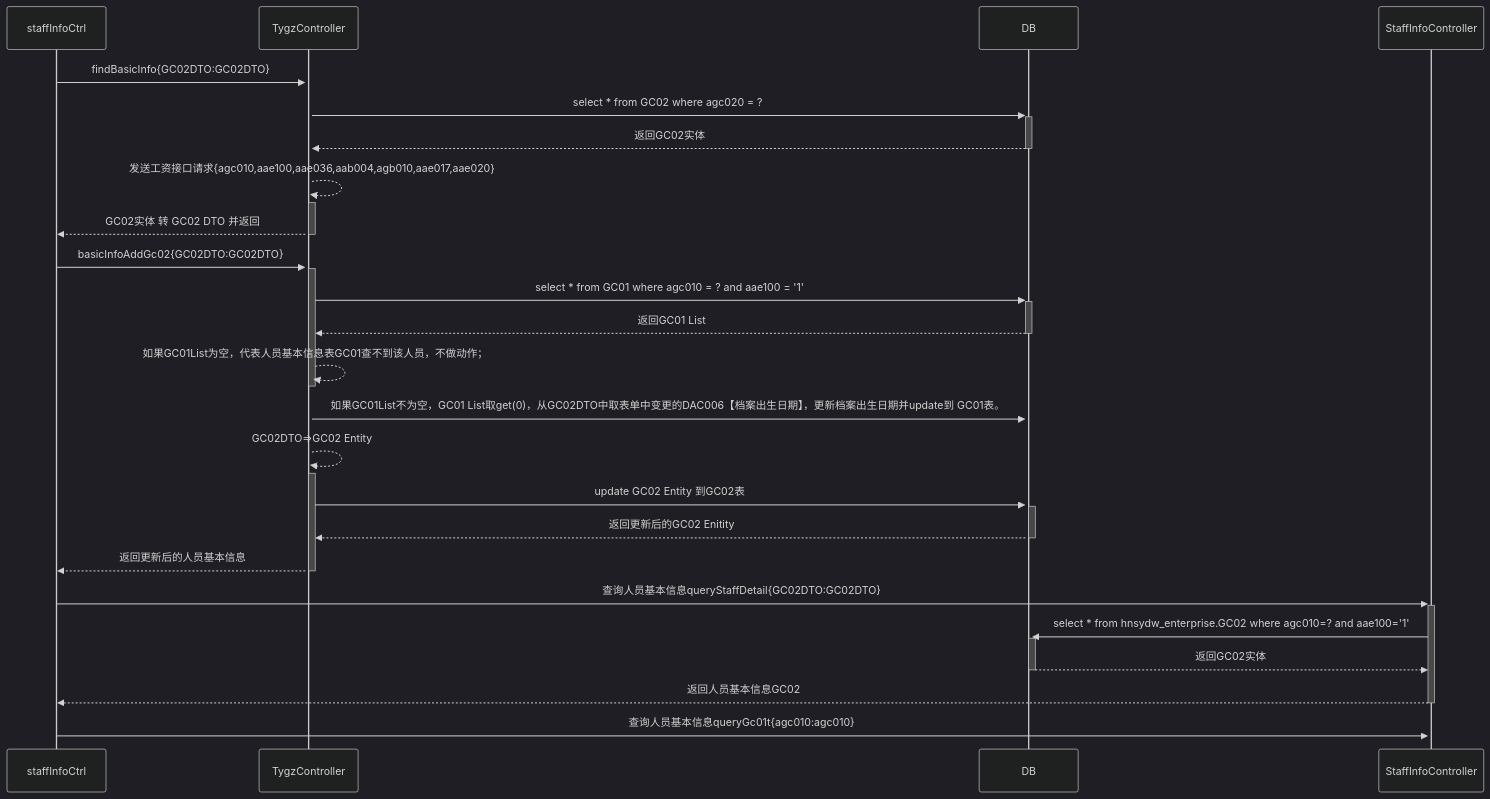
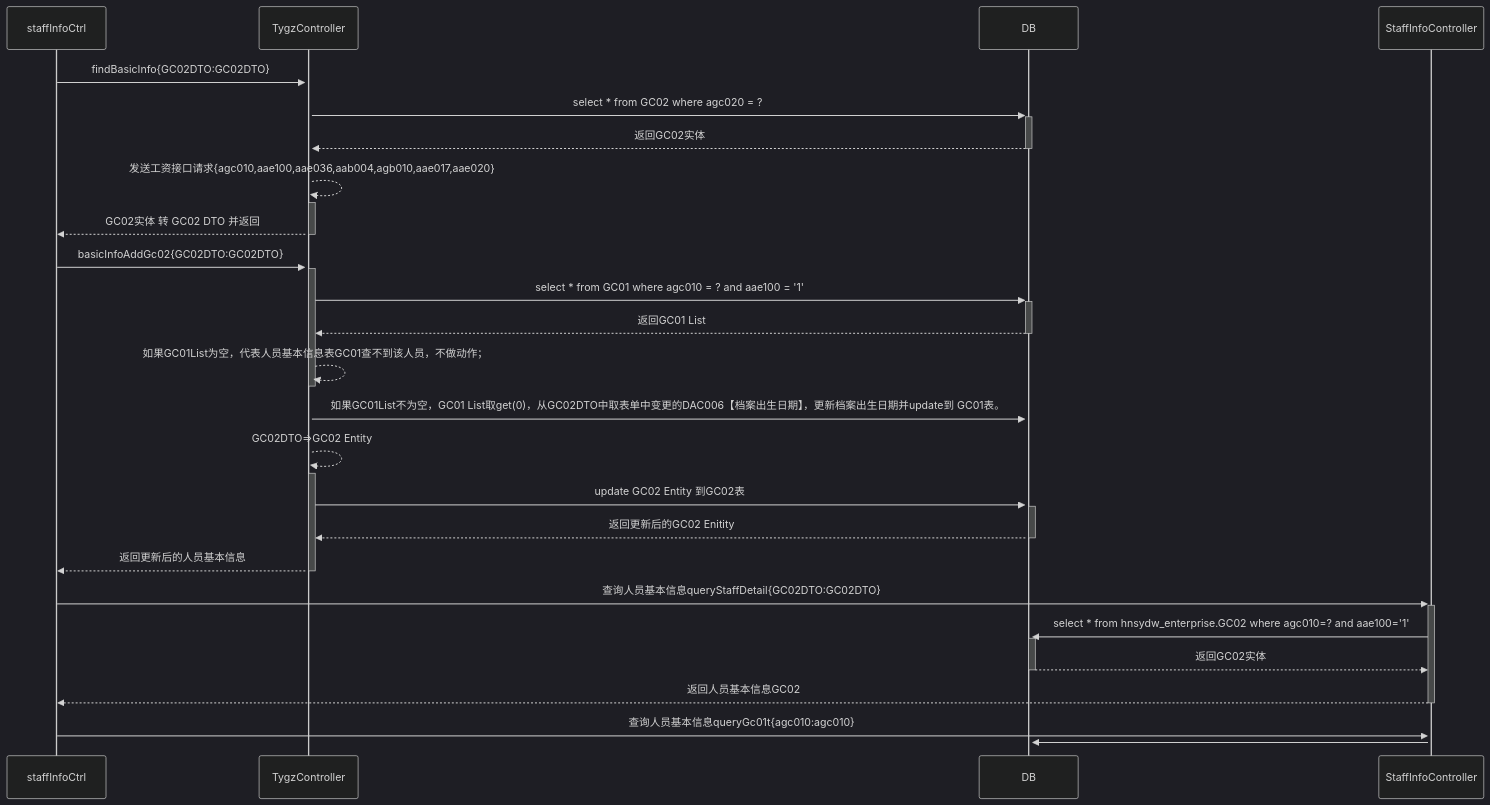
One commit to ZhangJianBeiJing/iodraw-files changed the diagram in all/保存按钮调用业务流程.md. Above: the diagram before and after it, drawn with Mermaid (dark theme).

Commit message:
2025-03-24 18:41:33 update

````diff
--- a/all/保存按钮调用业务流程.md
+++ b/all/保存按钮调用业务流程.md
@@ -1,25 +1,25 @@
 ```mermaid
 sequenceDiagram
     staffInfoCtrl->>+TygzController:findBasicInfo{GC02DTO:GC02DTO}
     TygzController->>+DB:select * from GC02 where agc020 = ?
     DB-->>-TygzController:返回GC02实体
     TygzController-->>+TygzController:发送工资接口请求{agc010,aae100,aae036,aab004,agb010,aae017,aae020}
     TygzController-->>-staffInfoCtrl:GC02实体 转 GC02 DTO 并返回
 
     staffInfoCtrl->>+TygzController:basicInfoAddGc02{GC02DTO:GC02DTO}
     TygzController->>+DB:select * from GC01 where agc010 = ? and aae100 = '1'
     DB-->>-TygzController:返回GC01 List
     TygzController-->>-TygzController:如果GC01List为空，代表人员基本信息表GC01查不到该人员，不做动作；
     TygzController->>+DB:如果GC01List不为空，GC01 List取get(0)，从GC02DTO中取表单中变更的DAC006【档案出生日期】，更新档案出生日期并update到 GC01表。
     TygzController-->>+TygzController:GC02DTO=>GC02 Entity
     TygzController->>+DB:update GC02 Entity 到GC02表
     DB-->>-TygzController:返回更新后的GC02 Enitity
     TygzController-->>-staffInfoCtrl:返回更新后的人员基本信息
 
     staffInfoCtrl->>+StaffInfoController:查询人员基本信息queryStaffDetail{GC02DTO:GC02DTO}
     StaffInfoController->>+DB:select * from hnsydw_enterprise.GC02 where agc010=? and aae100='1'
     DB-->>-StaffInfoController:返回GC02实体
     StaffInfoController-->>-staffInfoCtrl:返回人员基本信息GC02
     staffInfoCtrl->>+StaffInfoController:查询人员基本信息queryGc01t{agc010:agc010}
-    
+    StaffInfoController->>+DB:
 ```
````
